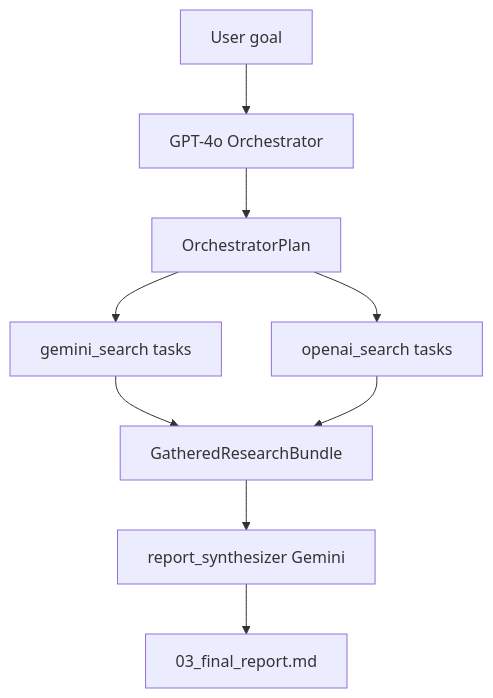
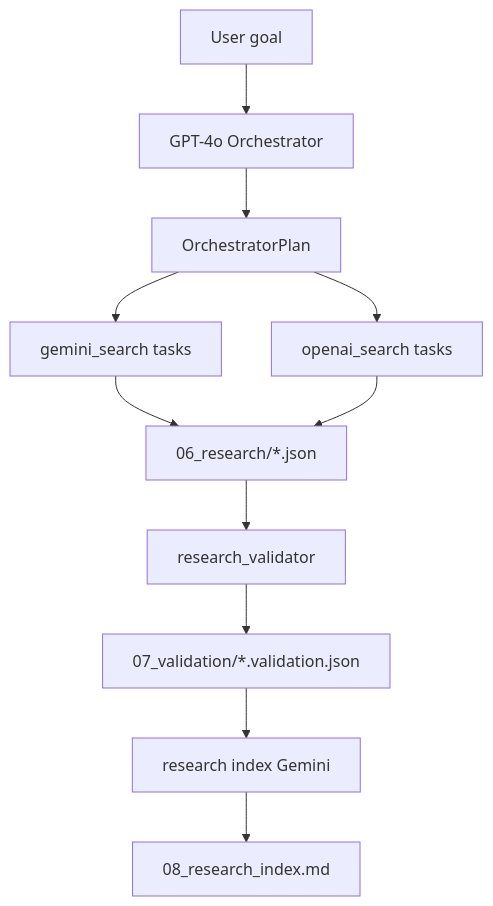
Before and after one commit to turaliyev0/AutoPaper: the diagram in src/autopaper/flow/research/README.md, drawn with Mermaid. The commit also changed other lines of this file and 41 other files, not shown here.

````diff
--- a/src/autopaper/flow/research/README.md
+++ b/src/autopaper/flow/research/README.md
@@ -14,10 +14,12 @@
 ```mermaid
 flowchart TB
   U[User goal] --> O[GPT-4o Orchestrator]
   O --> P[OrchestratorPlan]
   P --> G[gemini_search tasks]
   P --> OA[openai_search tasks]
-  G & OA --> B[GatheredResearchBundle]
-  B --> R[report_synthesizer Gemini]
-  R --> MD[03_final_report.md]
+  G & OA --> R6["06_research/*.json"]
+  R6 --> V[research_validator]
+  V --> R7["07_validation/*.validation.json"]
+  R7 --> I[research index Gemini]
+  I --> MD["08_research_index.md"]
 ```
````
